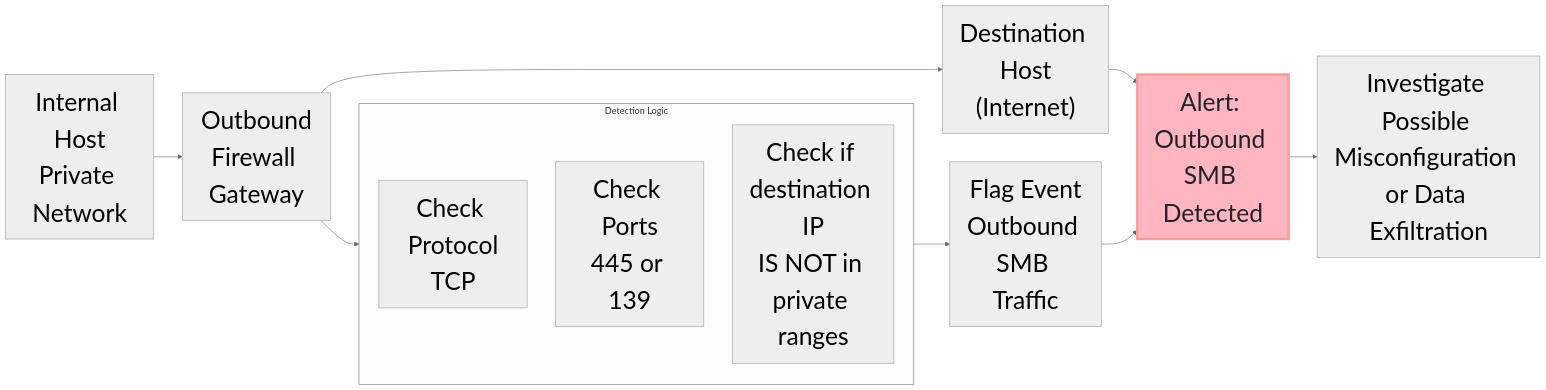
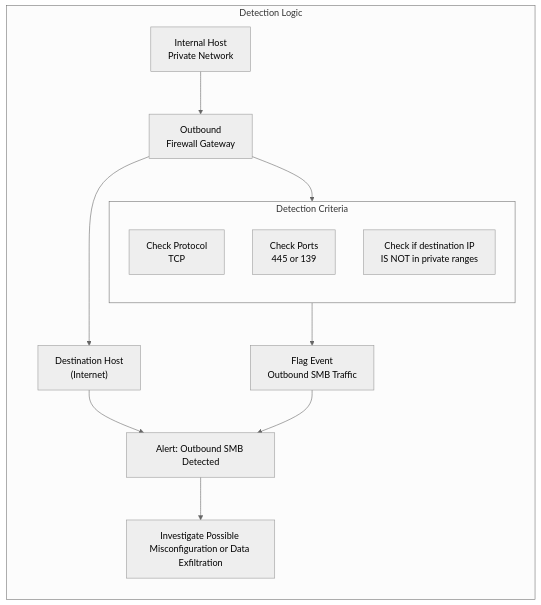
Before and after one commit to gcastill0/project-07-SIEM-Detections: the diagram in Cisco-Meraki-MX-Firewall.md, drawn with Mermaid (neutral theme).

Commit message:
Adding new sources

````diff
--- a/Cisco-Meraki-MX-Firewall.md
+++ b/Cisco-Meraki-MX-Firewall.md
@@ -15,28 +15,22 @@
 ```mermaid
 flowchart LR
- subgraph SB["Detection Logic"]
-        D["Check Protocol<br>TCP"]
-        E["Check Ports<br>445 or 139"]
-        F["Check if destination IP<br>IS NOT in private ranges"]
-  end
+ subgraph SA["Detection Logic"]
     A["Internal Host<br>Private Network"]
     B["Outbound<br>Firewall Gateway"]
     C["Destination Host<br>(Internet)"]
     A --> B
     B --> C
     C --> H
     B --> SB
     SB --> G["Flag Event<br>Outbound SMB Traffic"]
     G --> H["Alert: Outbound SMB Detected"]
     H --> I["Investigate Possible Misconfiguration or Data Exfiltration"]
+ end
 
-    style A font-size:2.4ch;
-    style B font-size:2.4ch;
-    style C font-size:2.4ch;
-    style D font-size:2.4ch;
-    style E font-size:2.4ch;
-    style F font-size:2.4ch;
-    style G font-size:2.4ch;
-    style H font-size:2.4ch, stroke:#FF9A9A, stroke-width:4px, color:#222222, fill:lightpink;
-    style I font-size:2.4ch;
+ subgraph SB["Detection Criteria"]
+        D["Check Protocol<br>TCP"]
+        E["Check Ports<br>445 or 139"]
+        F["Check if destination IP<br>IS NOT in private ranges"]
+  end
+
 ```
````
